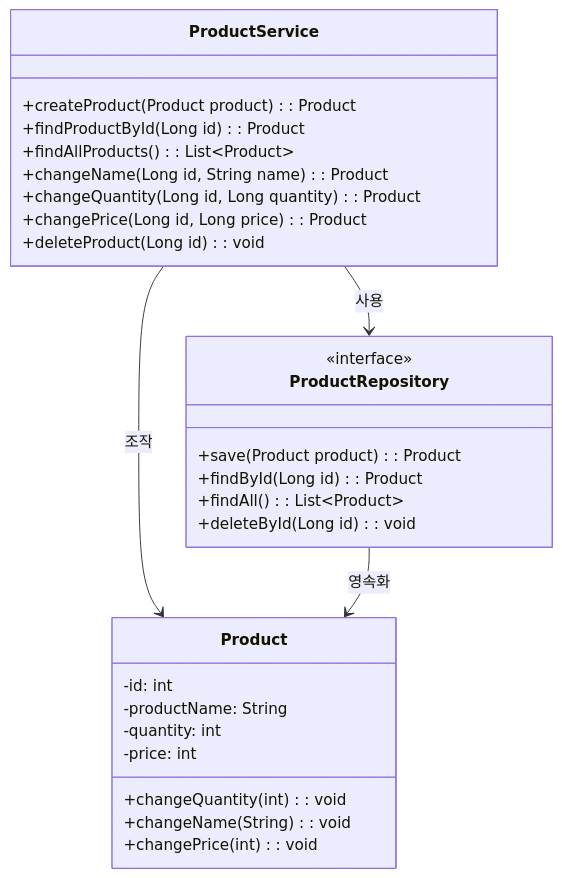
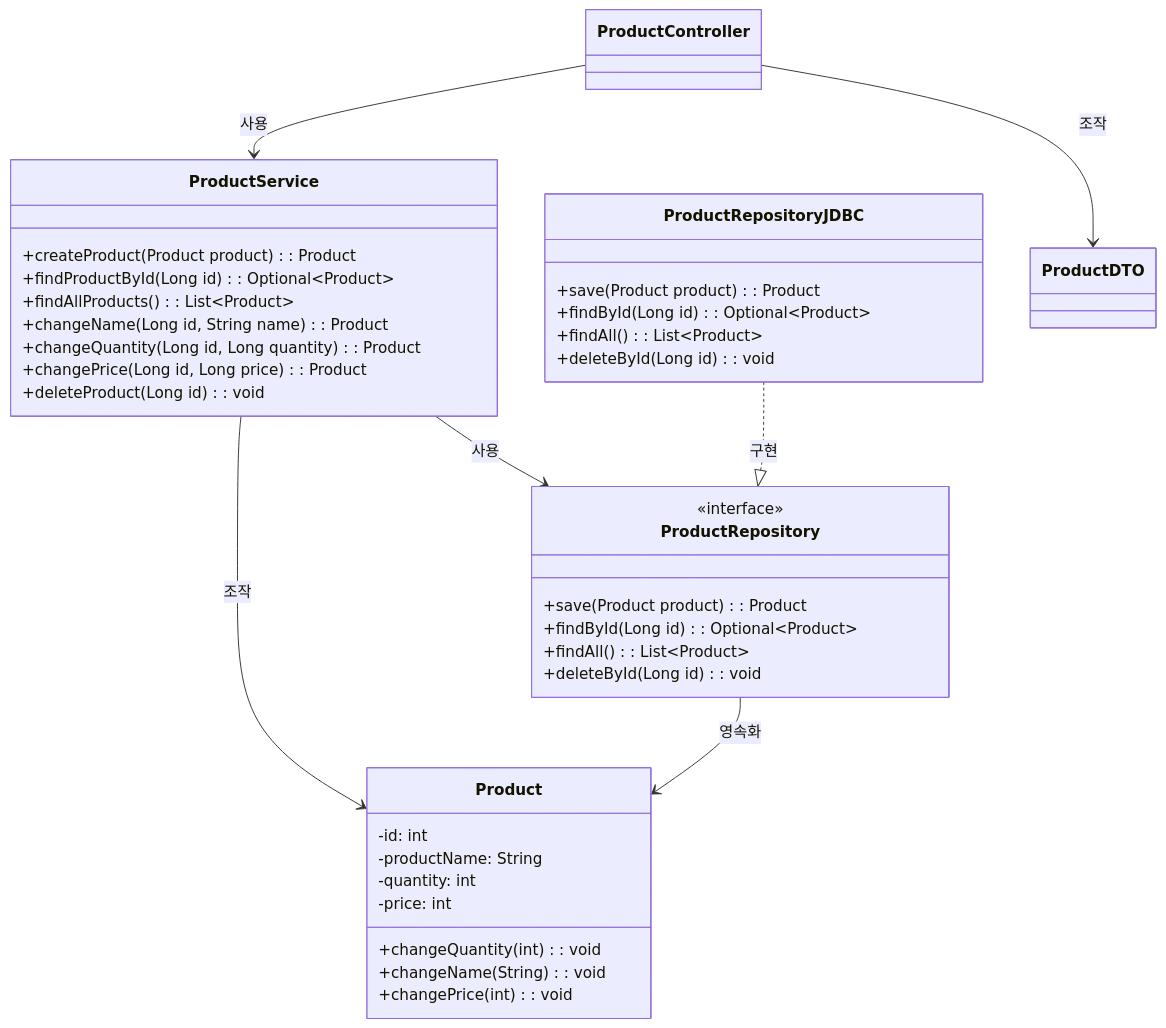
Before and after one commit to GoGradually/SuperBoard: the second of 2 diagrams in product-management-system/README.md, drawn with Mermaid. The commit also changed other lines of this file and 1 other file, not shown here.

Commit message:
docs: 프로젝트 README.md 작성

````diff
--- a/product-management-system/README.md
+++ b/product-management-system/README.md
@@ -61,33 +74,43 @@
 ```mermaid
 classDiagram
 	class Product{
 		-id: int
 		-productName: String
 		-quantity: int
 		-price: int
 		+changeQuantity(int): void
 		+changeName(String): void
 		+changePrice(int): void
 	}
 	class ProductService {
         +createProduct(Product product): Product
-        +findProductById(Long id): Product
+        +findProductById(Long id): Optional~Product~
         +findAllProducts(): List~Product~
         +changeName(Long id, String name): Product
         +changeQuantity(Long id, Long quantity): Product
         +changePrice(Long id, Long price): Product
         +deleteProduct(Long id): void
     }
 
     class ProductRepository {
         <<interface>>
         +save(Product product): Product
-        +findById(Long id): Product
+        +findById(Long id): Optional~Product~
         +findAll(): List~Product~
         +deleteById(Long id): void
+    }
+    class ProductRepositoryJDBC {
+        +save(Product product): Product
+        +findById(Long id): Optional~Product~
+        +findAll(): List~Product~
+        +deleteById(Long id): void
+    }
+    class ProductController{
     }
     ProductService --> ProductRepository : 사용
     ProductService --> Product : 조작
     ProductRepository --> Product : 영속화
-
+    ProductRepositoryJDBC ..|> ProductRepository: 구현
+    ProductController --> ProductService : 사용
+    ProductController --> ProductDTO : 조작
 ```
````
